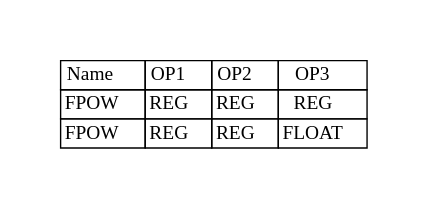
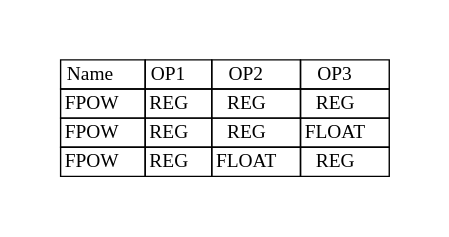
One commit to adesutherland/CREXX changed the diagram in docs/books/crexx_vm_spec/svg/fpow.gv. Above: the diagram before and after it, drawn with Graphviz. The commit also changed 167 other files, not shown here.

```diff
--- a/docs/books/crexx_vm_spec/svg/fpow.gv
+++ b/docs/books/crexx_vm_spec/svg/fpow.gv
@@ -1,10 +1,11 @@
 digraph{
 graph [pad="0.5", nodesep="0.5", ranksep="2" ]
 node [shape=plain]
 Foo [label=<
 <table border="0" cellborder="1" cellspacing="0">
 <tr><td> Name </td> <td> OP1 </td><td> OP2 </td><td> OP3 </td> </tr>
 <tr><td> FPOW </td><td> REG </td><td> REG </td><td> REG </td> </tr>
 <tr><td> FPOW </td><td> REG </td><td> REG </td><td> FLOAT </td> </tr>
+<tr><td> FPOW </td><td> REG </td><td> FLOAT </td><td> REG </td> </tr>
 </table>>];
 }
```
